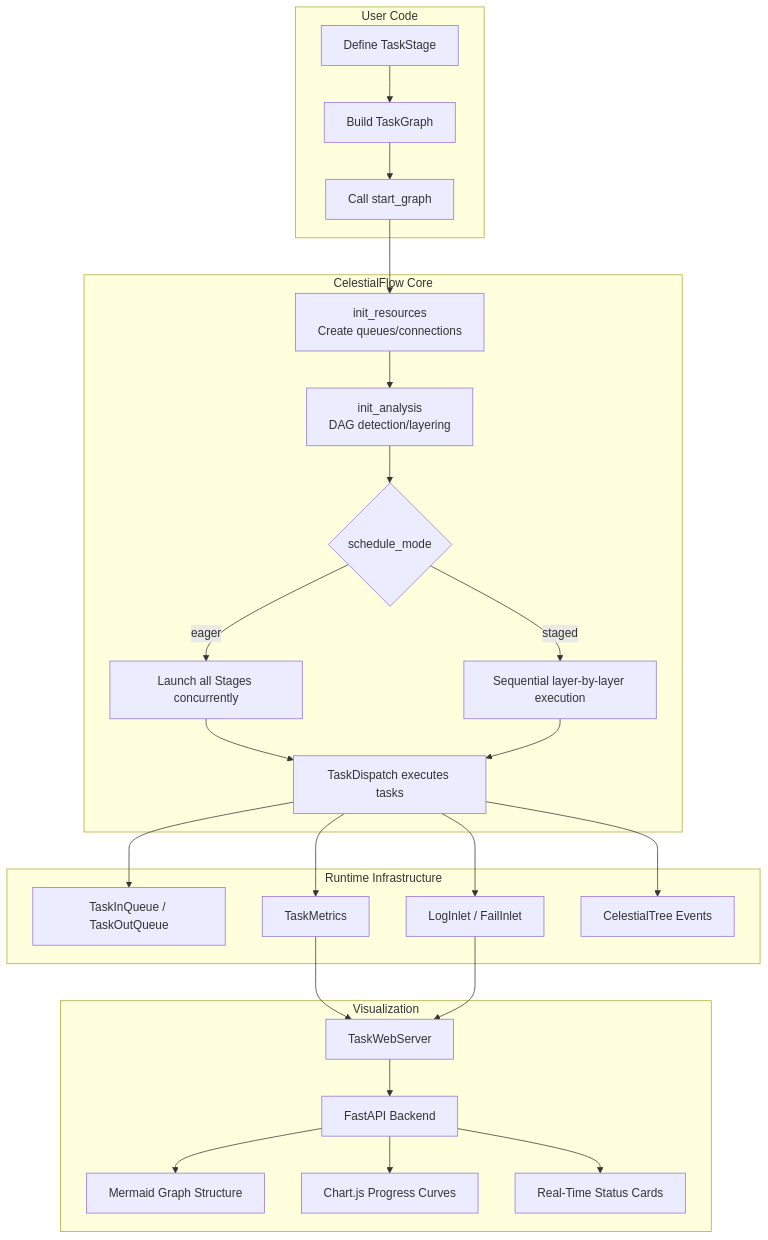
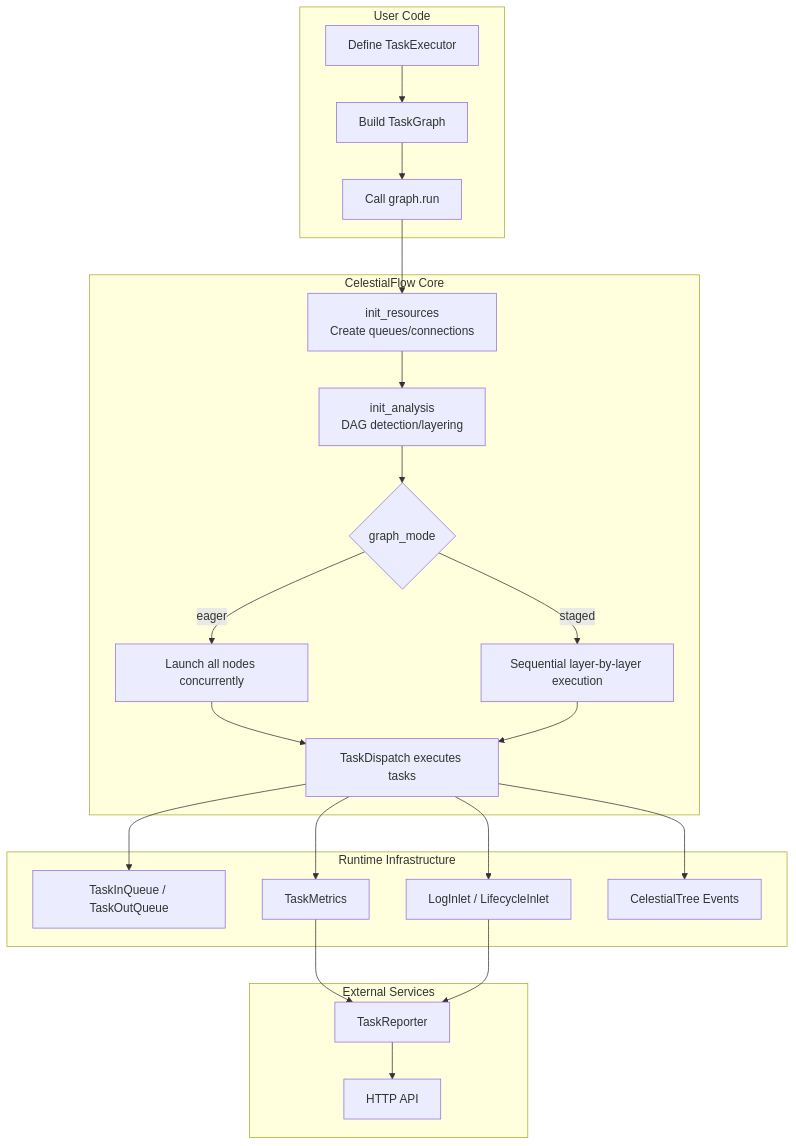
Before and after one commit to Mr-xiaotian/CelestialFlow: the first of 9 diagrams in docs/en/presentation.md, drawn with Mermaid. The commit also changed other lines of this file and 181 other files, not shown here.

````diff
--- a/docs/en/presentation.md
+++ b/docs/en/presentation.md
@@ -76,34 +76,33 @@
 ```mermaid
 graph TB
     subgraph User Code
-        A[Define TaskStage] --> B[Build TaskGraph]
-        B --> C[Call start_graph]
+        A[Define TaskExecutor] --> B[Build TaskGraph]
+        B --> C[Call graph.run]
     end
 
     subgraph CelestialFlow Core
         C --> D[init_resources<br/>Create queues/connections]
         D --> E[init_analysis<br/>DAG detection/layering]
-        E --> F{schedule_mode}
-        F -->|eager| G[Launch all Stages concurrently]
+        E --> F{graph_mode}
+        F -->|eager| G[Launch all nodes concurrently]
         F -->|staged| H[Sequential layer-by-layer execution]
         G --> I[TaskDispatch executes tasks]
         H --> I
     end
 
     subgraph Runtime Infrastructure
         I --> J[TaskInQueue / TaskOutQueue]
         I --> K[TaskMetrics]
-        I --> L[LogInlet / FailInlet]
+        I --> L[LogInlet / LifecycleInlet]
         I --> M[CelestialTree Events]
     end
 
-    subgraph Visualization
-        N[TaskWebServer] --> O[FastAPI Backend]
-        O --> P[Mermaid Graph Structure]
-        O --> Q[Chart.js Progress Curves]
-        O --> R[Real-Time Status Cards]
+    subgraph External Services
+        N[TaskReporter]
+        O[HTTP API]
     end
 
     K --> N
     L --> N
+    N --> O
 ```
````
